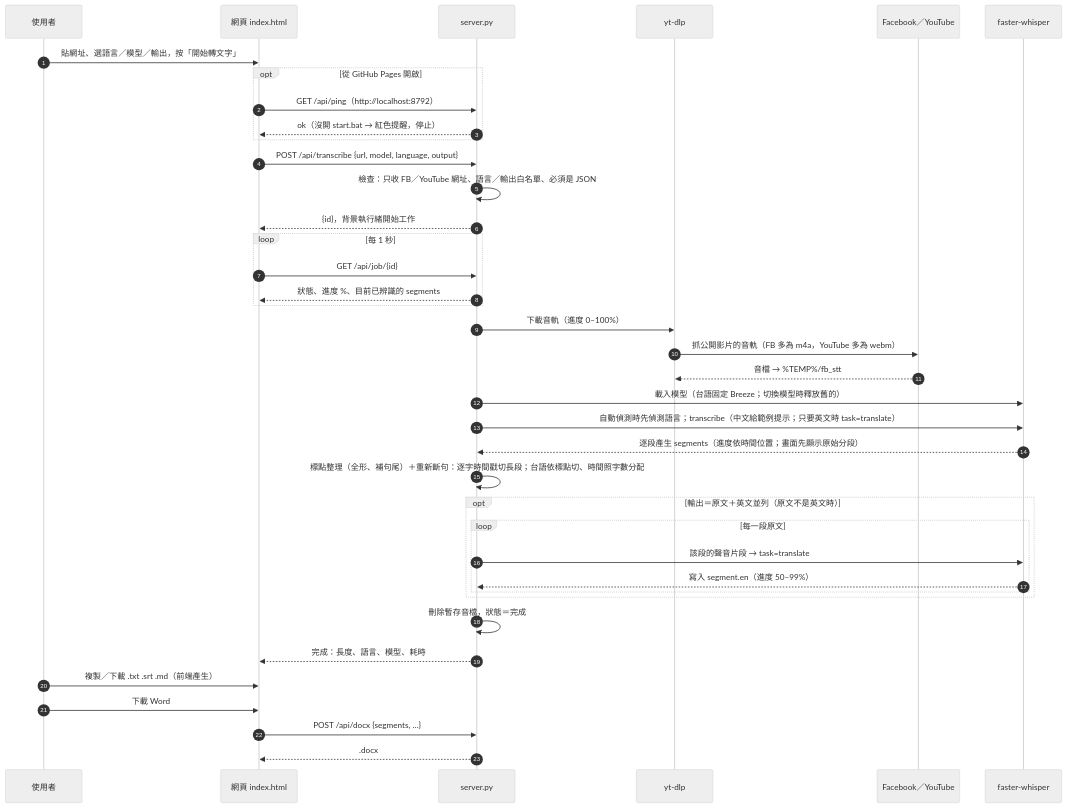
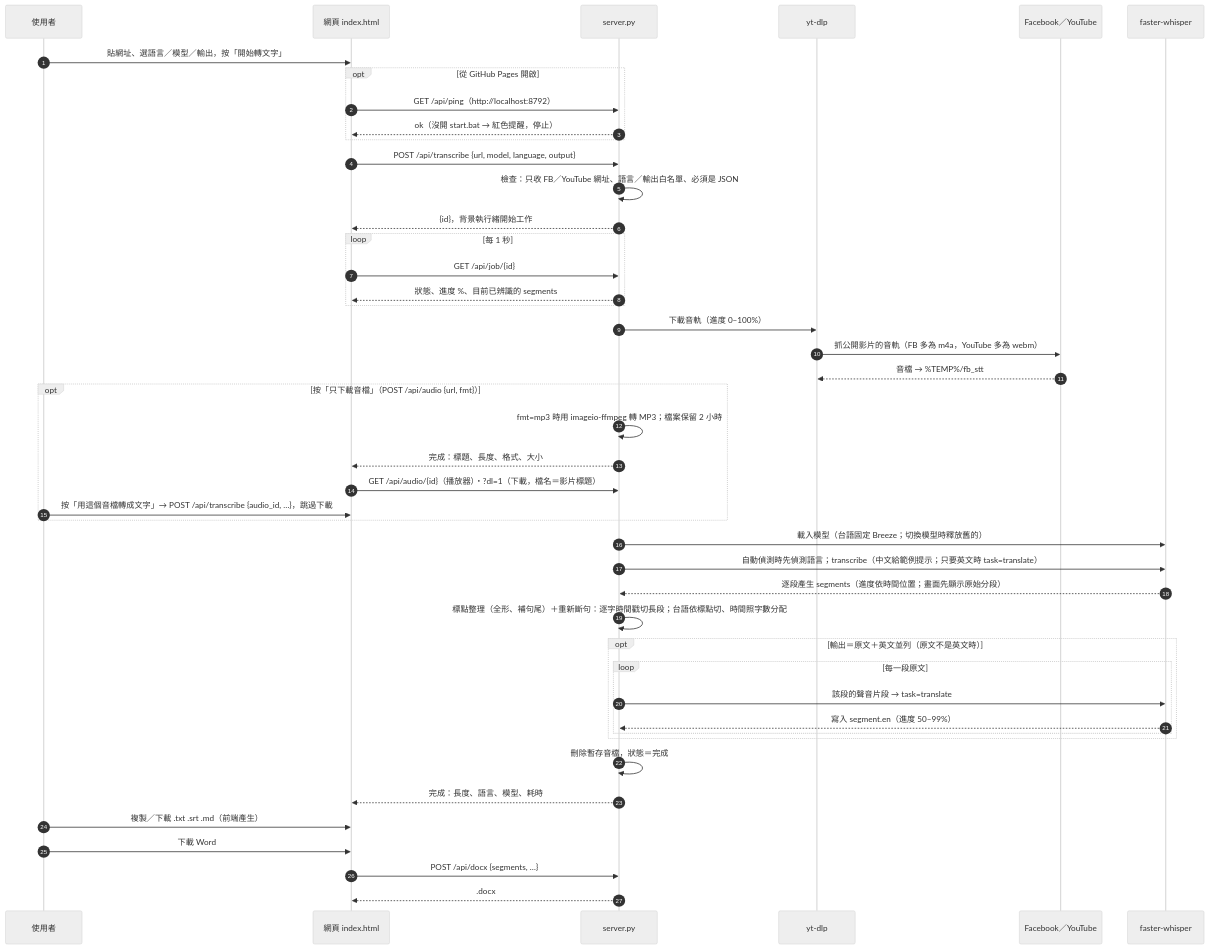
Before and after one commit to SinLiongToo/fb-video-stt: the second of 3 diagrams in README.md, drawn with Mermaid (neutral theme). The commit also changed other lines of this file and 8 other files, not shown here.

````diff
--- a/README.md
+++ b/README.md
@@ -122,42 +138,48 @@
 ```mermaid
 sequenceDiagram
     autonumber
     participant U as 使用者
     participant P as 網頁 index.html
     participant S as server.py
     participant Y as yt-dlp
     participant F as Facebook／YouTube
     participant W as faster-whisper
 
     U->>P: 貼網址、選語言／模型／輸出，按「開始轉文字」
     opt 從 GitHub Pages 開啟
         P->>S: GET /api/ping（http://localhost:8792）
         S-->>P: ok（沒開 start.bat → 紅色提醒，停止）
     end
     P->>S: POST /api/transcribe {url, model, language, output}
     S->>S: 檢查：只收 FB／YouTube 網址、語言／輸出白名單、必須是 JSON
     S-->>P: {id}，背景執行緒開始工作
     loop 每 1 秒
         P->>S: GET /api/job/{id}
         S-->>P: 狀態、進度 %、目前已辨識的 segments
     end
     S->>Y: 下載音軌（進度 0–100%）
     Y->>F: 抓公開影片的音軌（FB 多為 m4a，YouTube 多為 webm）
     F-->>Y: 音檔 → %TEMP%/fb_stt
+    opt 按「只下載音檔」（POST /api/audio {url, fmt}）
+        S->>S: fmt=mp3 時用 imageio-ffmpeg 轉 MP3；檔案保留 2 小時
+        S-->>P: 完成：標題、長度、格式、大小
+        P->>S: GET /api/audio/{id}（播放器）・?dl=1（下載，檔名＝影片標題）
+        U->>P: 按「用這個音檔轉成文字」→ POST /api/transcribe {audio_id, …}，跳過下載
+    end
     S->>W: 載入模型（台語固定 Breeze；切換模型時釋放舊的）
     S->>W: 自動偵測時先偵測語言；transcribe（中文給範例提示；只要英文時 task=translate）
     W-->>S: 逐段產生 segments（進度依時間位置；畫面先顯示原始分段）
     S->>S: 標點整理（全形、補句尾）＋重新斷句：逐字時間戳切長段；台語依標點切、時間照字數分配
     opt 輸出＝原文＋英文並列（原文不是英文時）
         loop 每一段原文
             S->>W: 該段的聲音片段 → task=translate
             W-->>S: 寫入 segment.en（進度 50–99%）
         end
     end
     S->>S: 刪除暫存音檔，狀態＝完成
     S-->>P: 完成：長度、語言、模型、耗時
     U->>P: 複製／下載 .txt .srt .md（前端產生）
     U->>P: 下載 Word
     P->>S: POST /api/docx {segments, …}
     S-->>P: .docx
 ```
````
